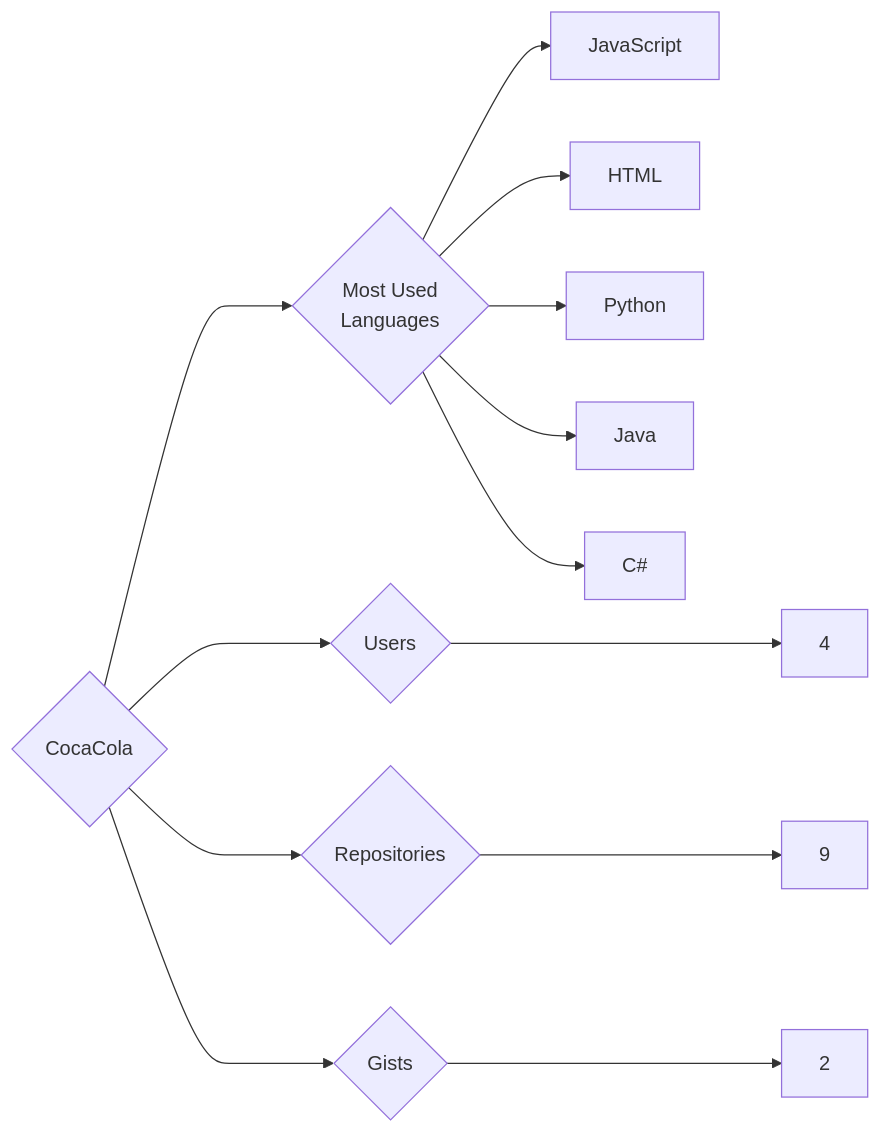
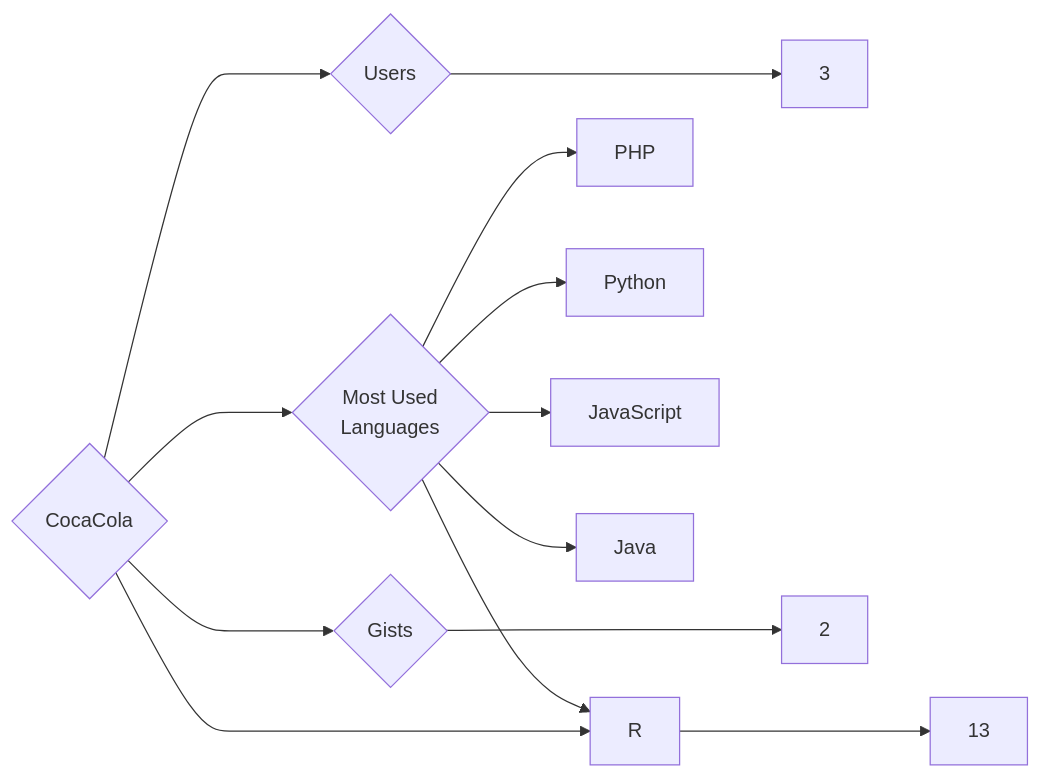
The diagram in targets/CocaCola/README.md (trickest/insiders), drawn with Mermaid before and after one commit. The commit also changed 880 other files, not shown here.

````diff
--- a/targets/CocaCola/README.md
+++ b/targets/CocaCola/README.md
@@ -3,13 +3,13 @@
 ```mermaid
 graph LR
 COMPANY_NAME{CocaCola}
-COMPANY_NAME ---> U{Users} ---> UN[4]
-COMPANY_NAME ---> R{Repositories} ---> RN[9]
+COMPANY_NAME ---> U{Users} ---> UN[3]
+COMPANY_NAME ---> R{Repositories} ---> RN[13]
 COMPANY_NAME ---> G{Gists} ---> GN[2]
 COMPANY_NAME ---> ML{Most Used<br>Languages}
+ML --> PHP[PHP]
+ML --> R[R]
+ML --> Python[Python]
 ML --> JavaScript[JavaScript]
-ML --> HTML[HTML]
-ML --> Python[Python]
 ML --> Java[Java]
-ML --> C#[C#]
 ```
````
